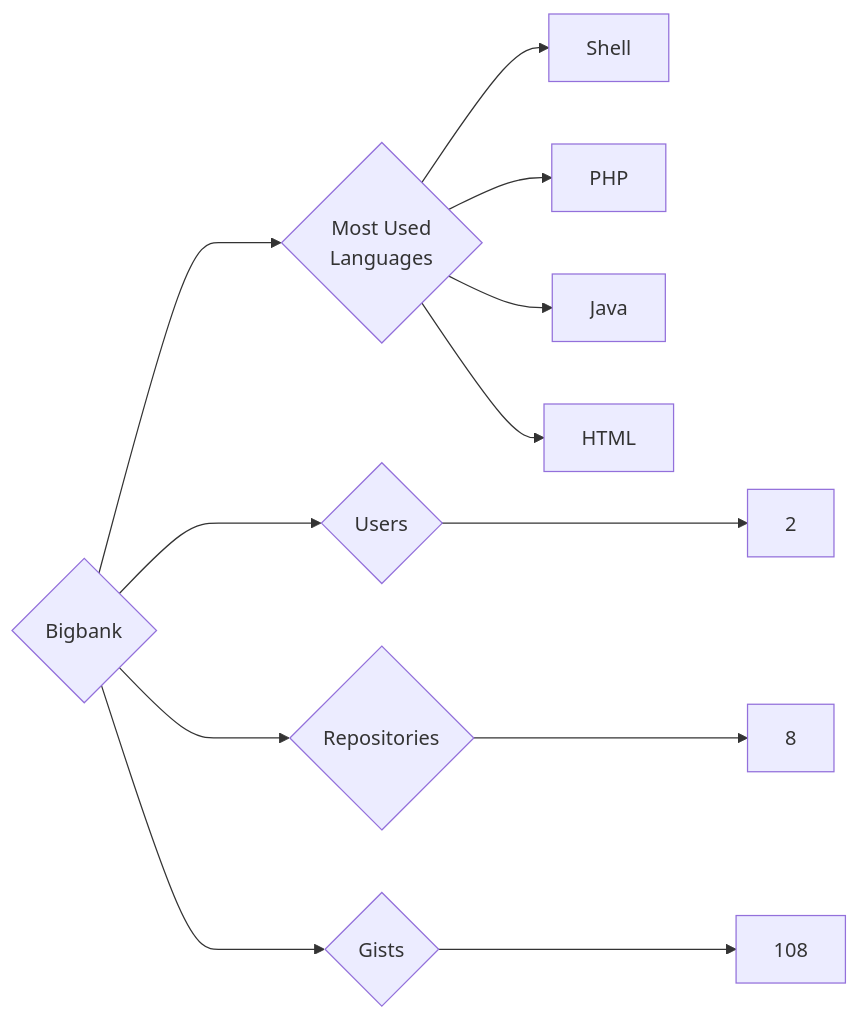
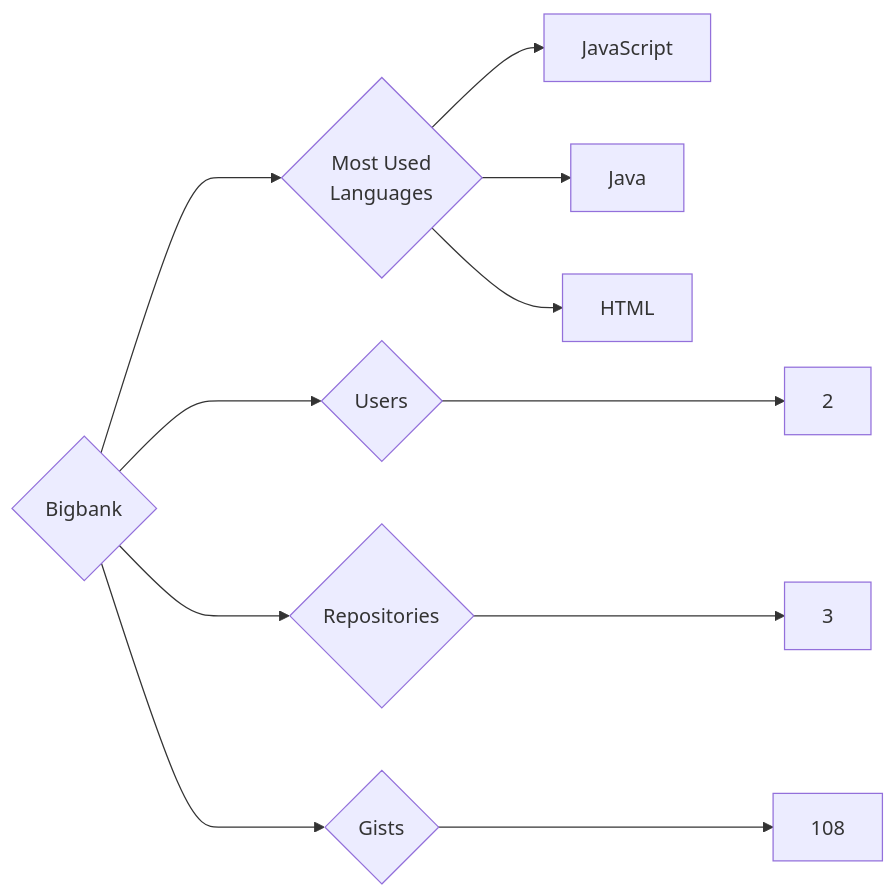
One commit to trickest/insiders changed the diagram in targets/Bigbank/README.md. Above: the diagram before and after it, drawn with Mermaid. The commit also changed 752 other files, not shown here.

````diff
--- a/targets/Bigbank/README.md
+++ b/targets/Bigbank/README.md
@@ -3,12 +3,11 @@
 ```mermaid
 graph LR
 COMPANY_NAME{Bigbank}
 COMPANY_NAME ---> U{Users} ---> UN[2]
-COMPANY_NAME ---> R{Repositories} ---> RN[8]
+COMPANY_NAME ---> R{Repositories} ---> RN[3]
 COMPANY_NAME ---> G{Gists} ---> GN[108]
 COMPANY_NAME ---> ML{Most Used<br>Languages}
-ML --> Shell[Shell]
-ML --> PHP[PHP]
+ML --> JavaScript[JavaScript]
 ML --> Java[Java]
 ML --> HTML[HTML]
 ```
````
